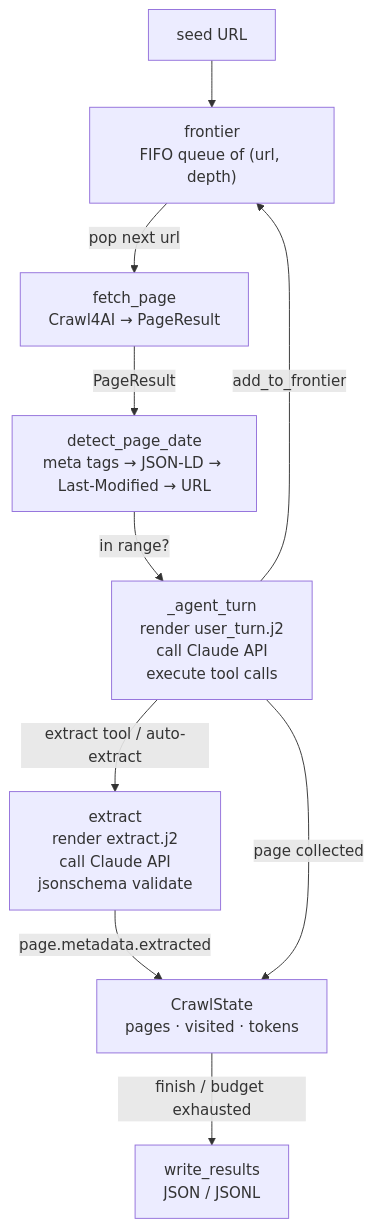
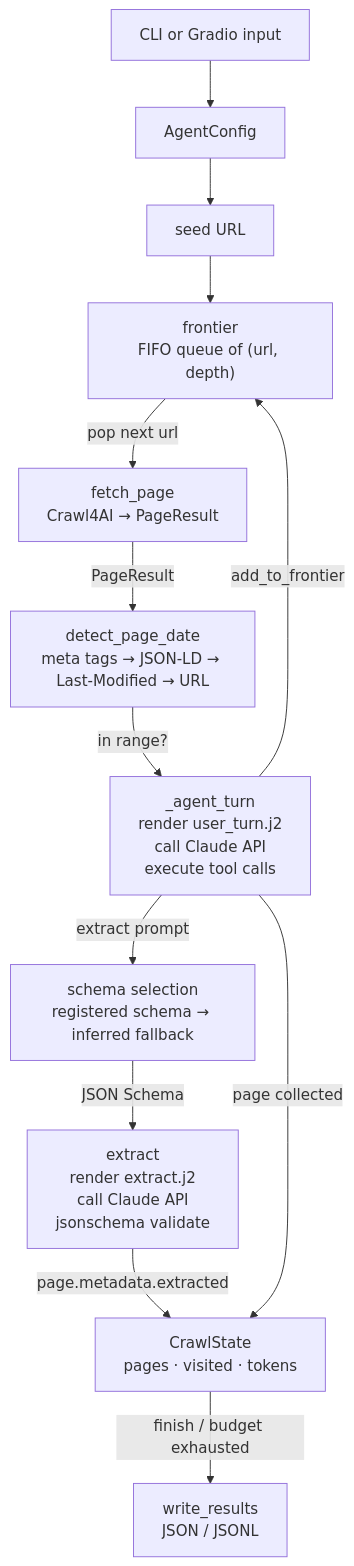
The second of 2 diagrams in docs/architecture.md (tuanhdangdinh/agentic-news-crawler), drawn with Mermaid before and after one commit. The commit also changed other lines of this file and 1 other file, not shown here.

Commit message:
docs: document Gradio interface and schema registry in README and architecture

````diff
--- a/docs/architecture.md
+++ b/docs/architecture.md
@@ -46,21 +55,27 @@
 ```mermaid
 flowchart TD
+    INPUT["CLI or Gradio input"]
+    CONFIG["AgentConfig"]
     SEED["seed URL"]
     FRONTIER["frontier\nFIFO queue of (url, depth)"]
     FETCH["fetch_page\nCrawl4AI → PageResult"]
     DATE["detect_page_date\nmeta tags → JSON-LD → Last-Modified → URL"]
     DECIDE["_agent_turn\nrender user_turn.j2\ncall Claude API\nexecute tool calls"]
+    SCHEMA["schema selection\nregistered schema → inferred fallback"]
     EXTRACT["extract\nrender extract.j2\ncall Claude API\njsonschema validate"]
     STATE["CrawlState\npages · visited · tokens"]
     OUT["write_results\nJSON / JSONL"]
 
+    INPUT --> CONFIG
+    CONFIG --> SEED
     SEED --> FRONTIER
     FRONTIER -->|"pop next url"| FETCH
     FETCH -->|"PageResult"| DATE
     DATE -->|"in range?"| DECIDE
     DECIDE -->|"add_to_frontier"| FRONTIER
-    DECIDE -->|"extract tool / auto-extract"| EXTRACT
+    DECIDE -->|"extract prompt"| SCHEMA
+    SCHEMA -->|"JSON Schema"| EXTRACT
     EXTRACT -->|"page.metadata.extracted"| STATE
     DECIDE -->|"page collected"| STATE
     STATE -->|"finish / budget exhausted"| OUT
 ```
````
